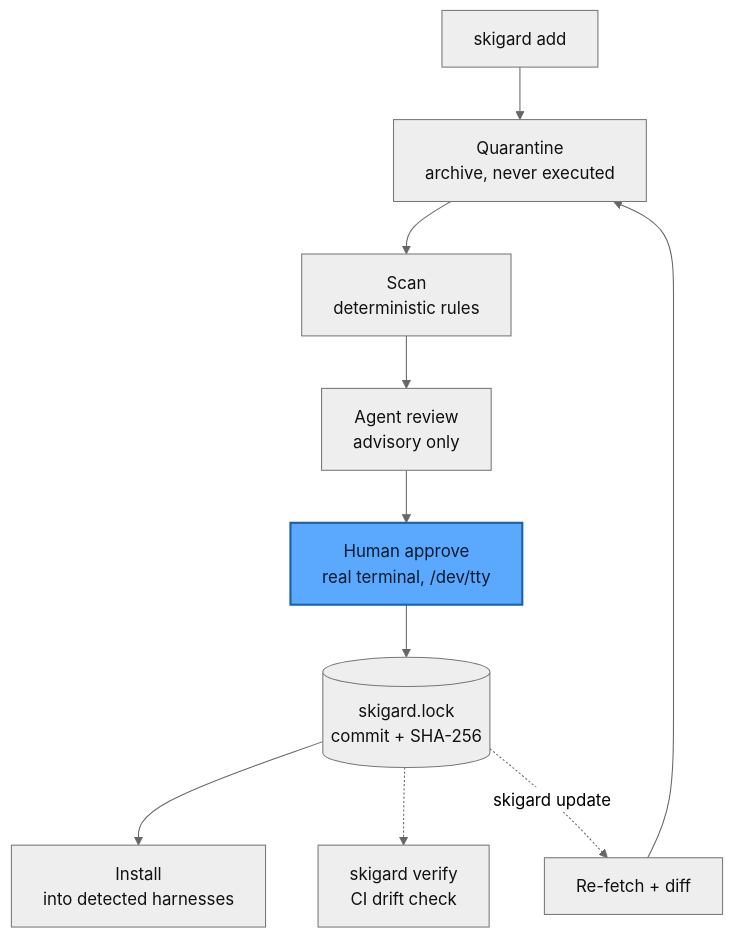
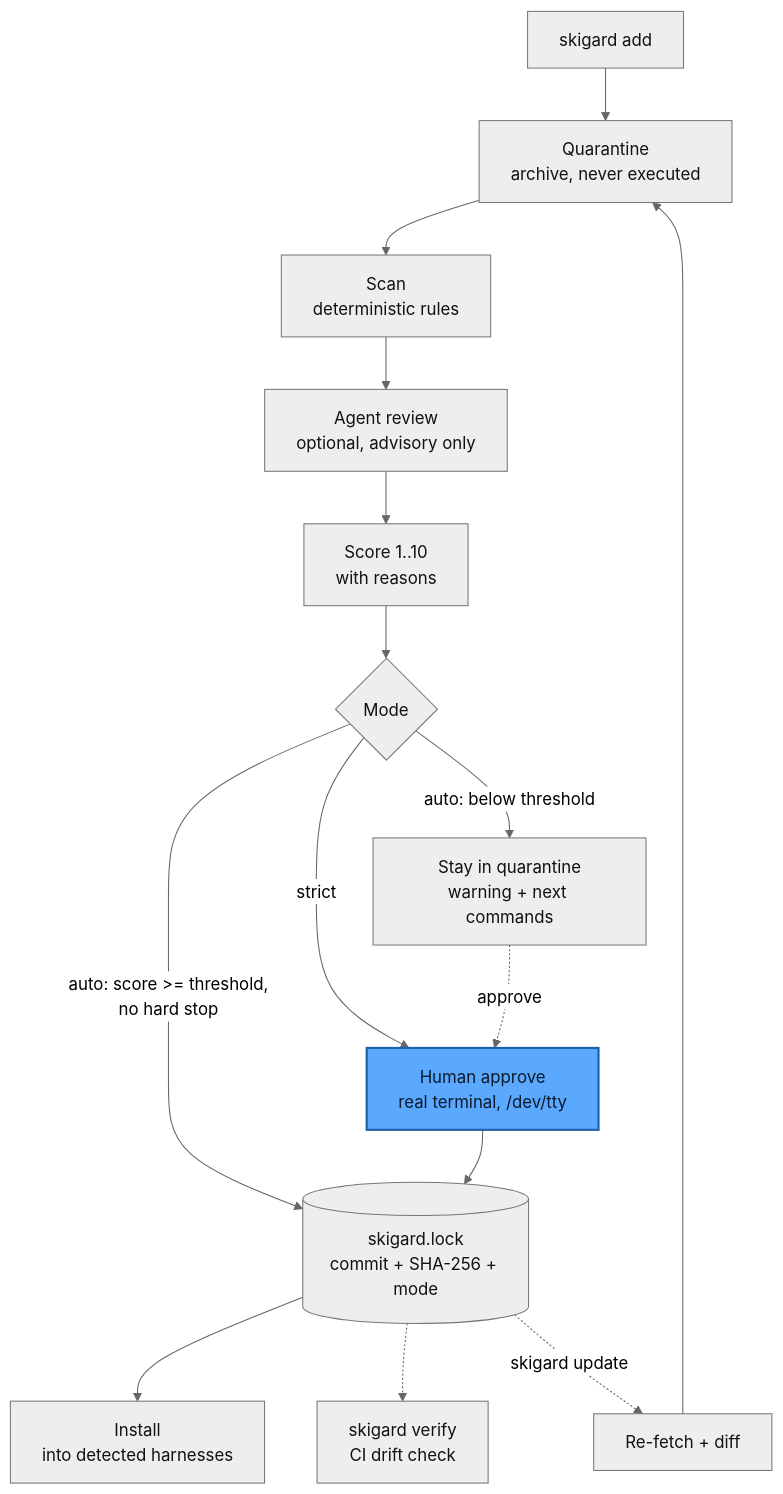
The diagram in assets/diagrams/pipeline.mmd (ambierhq/skigard), drawn with Mermaid before and after one commit. The commit also changed 94 other files, not shown here.

First line of the commit message:
feat!: one-step add with a 1-10 safety score, strict and auto modes (#49)

```diff
--- a/assets/diagrams/pipeline.mmd
+++ b/assets/diagrams/pipeline.mmd
@@ -1,15 +1,20 @@
 %%{init: {'theme':'neutral','flowchart':{'curve':'basis'}}}%%
 flowchart TD
   A["skigard add"] --> Q["Quarantine<br/>archive, never executed"]
   Q --> S["Scan<br/>deterministic rules"]
-  S --> R["Agent review<br/>advisory only"]
-  R --> H["Human approve<br/>real terminal, /dev/tty"]
-  H --> L[("skigard.lock<br/>commit + SHA-256")]
+  S --> R["Agent review<br/>optional, advisory only"]
+  R --> C["Score 1..10<br/>with reasons"]
+  C --> D{"Mode"}
+  D -- "auto: score >= threshold,<br/>no hard stop" --> L
+  D -- "strict" --> H["Human approve<br/>real terminal, /dev/tty"]
+  D -- "auto: below threshold" --> W["Stay in quarantine<br/>warning + next commands"]
+  W -. "approve" .-> H
+  H --> L[("skigard.lock<br/>commit + SHA-256 + mode")]
   L --> I["Install<br/>into detected harnesses"]
   L -.-> V["skigard verify<br/>CI drift check"]
   L -. "skigard update" .-> U["Re-fetch + diff"]
   U --> Q
   classDef human fill:#5AA9FF,stroke:#1d5fa8,color:#0b1a2b,stroke-width:2px
   classDef step fill:#eeeeee,stroke:#777777,color:#111111
   class H human
-  class A,Q,S,R,L,I,V,U step
+  class A,Q,S,R,C,D,W,L,I,V,U step
```
